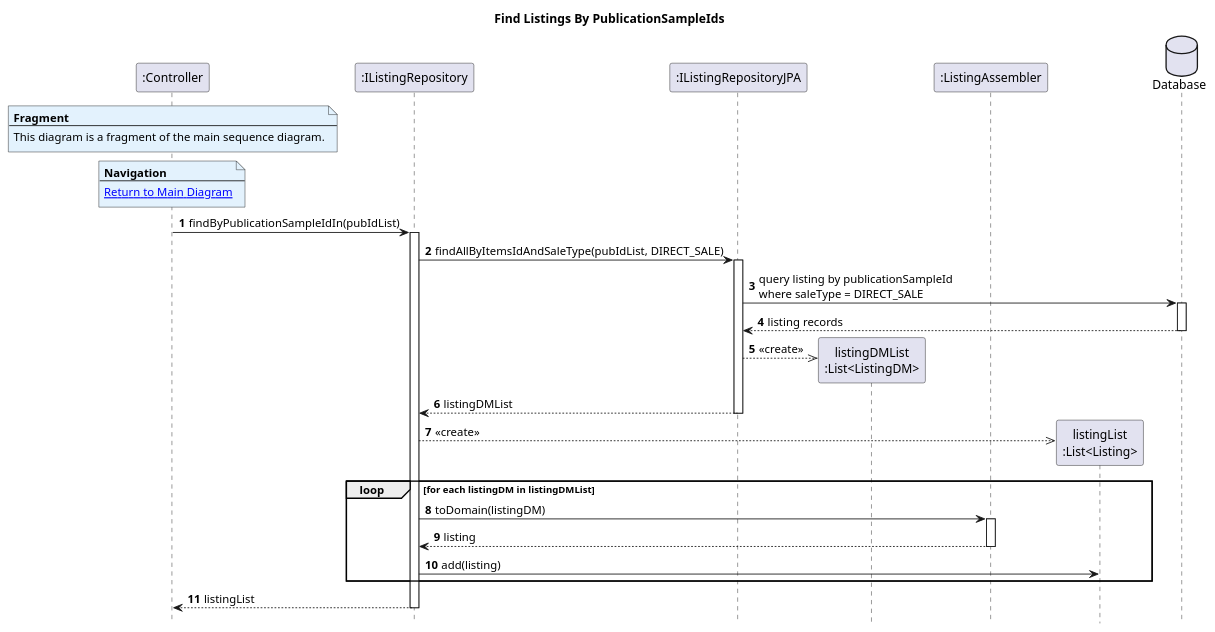
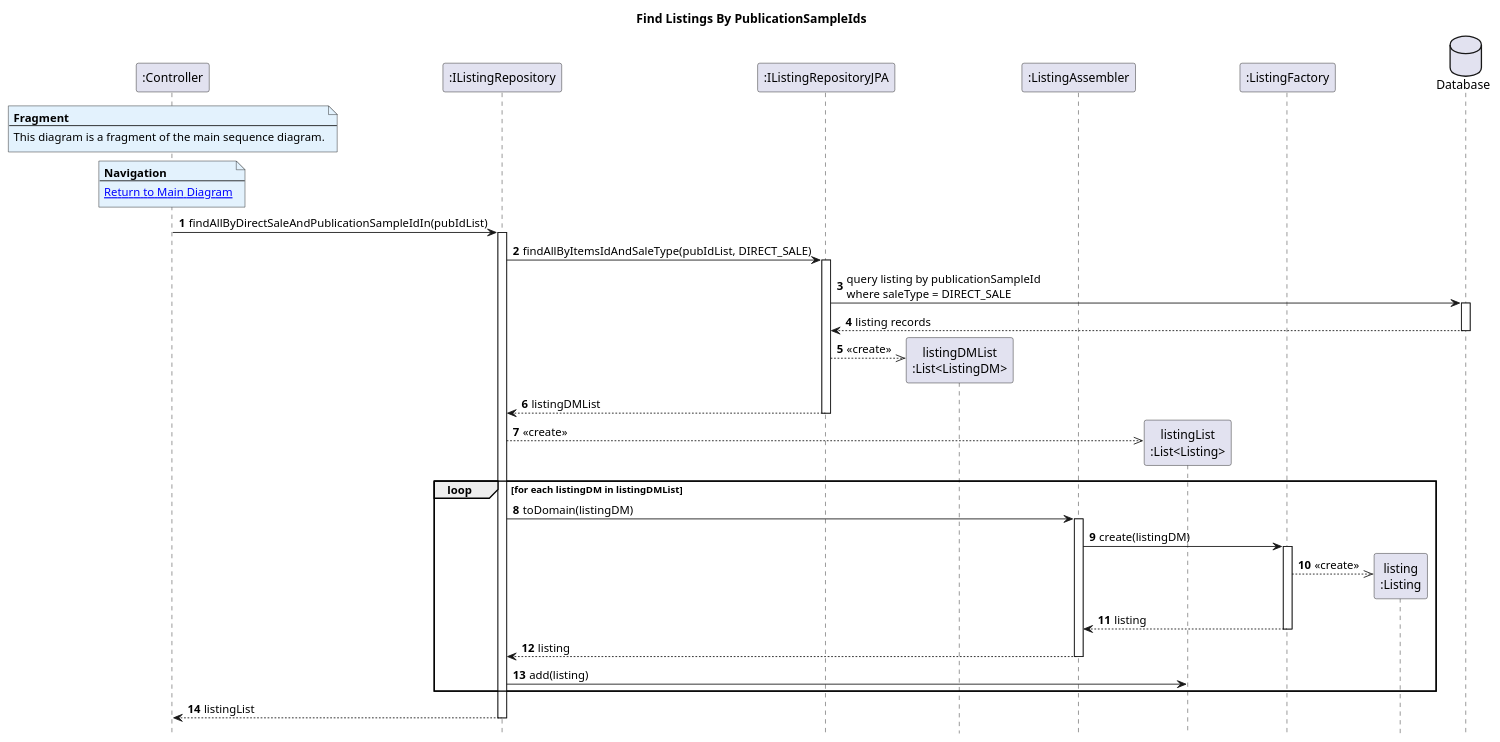
One commit to AndrePereiraGitH/SWitCH-Project-Team_A changed the diagram in Diagrams/SequenceDiagrams/N2/To-get-the-list-of-items-on-direct-sale-of-a-given-author/5.FindListingsByPublicationSampleIds.puml. Above: the diagram before and after it, drawn with PlantUML. The commit also changed 6 other files, not shown here.

```diff
--- a/Diagrams/SequenceDiagrams/N2/To-get-the-list-of-items-on-direct-sale-of-a-given-author/5.FindListingsByPublicationSampleIds.puml
+++ b/Diagrams/SequenceDiagrams/N2/To-get-the-list-of-items-on-direct-sale-of-a-given-author/5.FindListingsByPublicationSampleIds.puml
@@ -1,55 +1,62 @@
 @startuml
 hide footbox
 autonumber
 title Find Listings By PublicationSampleIds
 
 participant ":Controller" as Ctrl
 participant ":IListingRepository" as listingRepo
 participant ":IListingRepositoryJPA" as listingRepoJPA
 participant "listingDMList\n:List<ListingDM>" as listingDMList
 participant ":ListingAssembler" as assembler
 participant "listingList\n:List<Listing>" as listingList
+participant ":ListingFactory" as factory
+participant "listing\n:Listing" as listingObj
 
 database "Database" as db
 
 note over Ctrl #E3F2FD
 <b>Fragment</b>
 ---
 This diagram is a fragment of the main sequence diagram.
 end note
 
 note over Ctrl #E3F2FD
 <b>Navigation</b>
 ---
 [[1.MainDiagram.puml Return to Main Diagram]]
 end note
 
-Ctrl -> listingRepo : findByPublicationSampleIdIn(pubIdList)
+Ctrl -> listingRepo : findAllByDirectSaleAndPublicationSampleIdIn(pubIdList)
 activate listingRepo
 
 listingRepo -> listingRepoJPA : findAllByItemsIdAndSaleType(pubIdList, DIRECT_SALE)
 activate listingRepoJPA
 
 listingRepoJPA -> db : query listing by publicationSampleId\nwhere saleType = DIRECT_SALE
 activate db
 db --> listingRepoJPA : listing records
 deactivate db
 
 listingRepoJPA -->> listingDMList ** : <<create>>
 listingRepoJPA --> listingRepo : listingDMList
 deactivate listingRepoJPA
 
 listingRepo -->> listingList ** : <<create>>
 
 loop for each listingDM in listingDMList
     listingRepo -> assembler : toDomain(listingDM)
     activate assembler
+    assembler -> factory : create(listingDM)
+        activate factory
+        factory -->> listingObj ** : <<create>>
+        factory --> assembler : listing
+        deactivate factory
     assembler --> listingRepo : listing
     deactivate assembler
     listingRepo -> listingList : add(listing)
 end
 
 listingRepo --> Ctrl : listingList
 deactivate listingRepo
 
 @enduml
```
